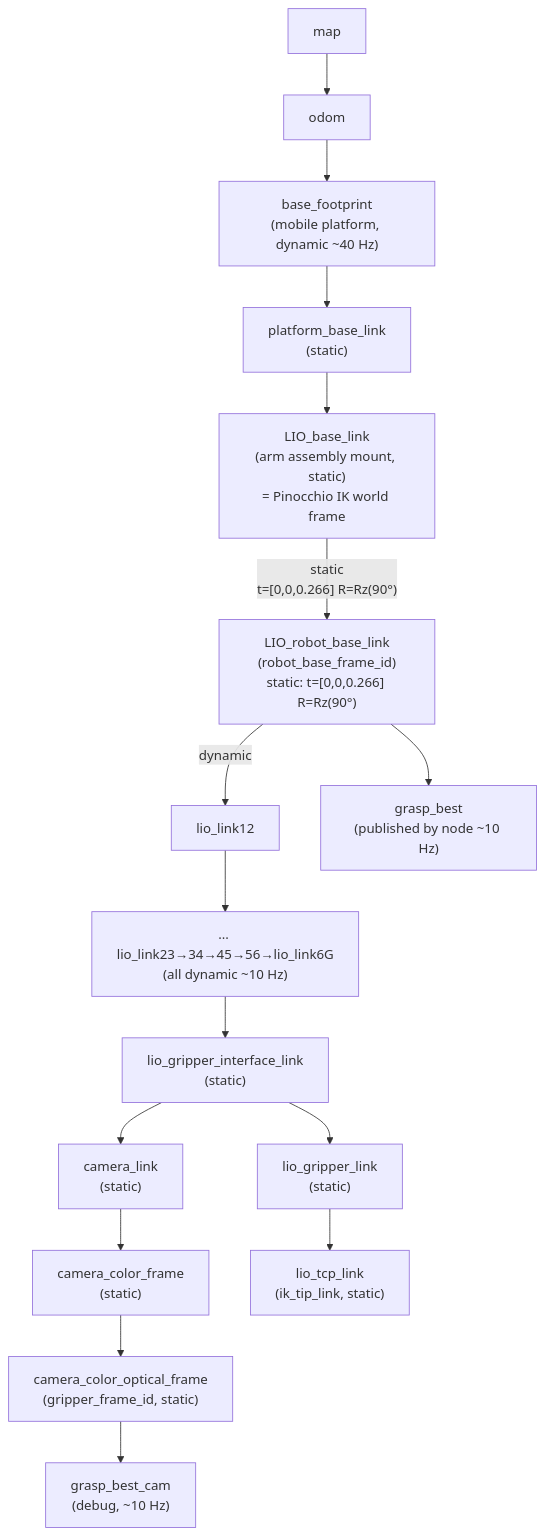
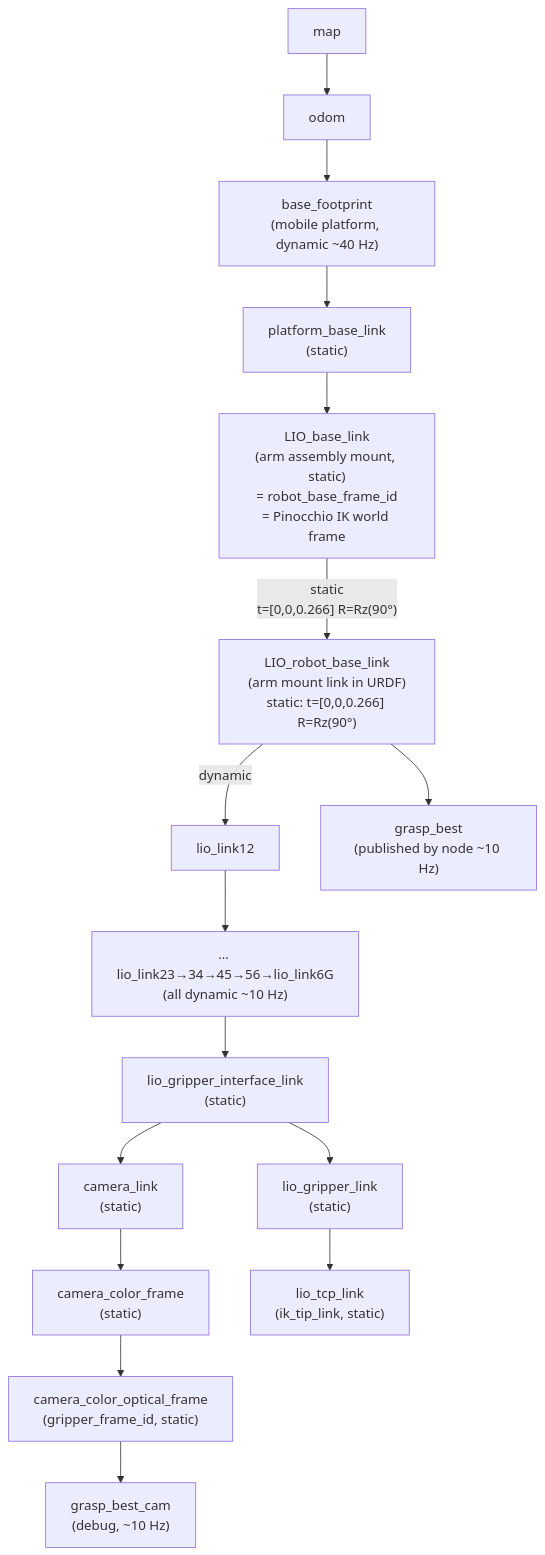
Before and after one commit to ZenWang00/Grasp-Pose-Generation: the fourth of 8 diagrams in src/grasp_pose_client/doc/overview.md, drawn with Mermaid. The commit also changed other lines of this file and 3 other files, not shown here.

First line of the commit message:
Remap grasp axes to LIO TCP convention and never publish camera-frame poses

````diff
--- a/src/grasp_pose_client/doc/overview.md
+++ b/src/grasp_pose_client/doc/overview.md
@@ -155,27 +157,27 @@
 ```mermaid
 graph TD
   MAP["map"]
   ODOM["odom"]
   BF["base_footprint\n(mobile platform, dynamic ~40 Hz)"]
   PBL["platform_base_link\n(static)"]
-  LBL["LIO_base_link\n(arm assembly mount, static)\n= Pinocchio IK world frame"]
-  LRBL["LIO_robot_base_link\n(robot_base_frame_id)\nstatic: t=[0,0,0.266] R=Rz(90°)"]
+  LBL["LIO_base_link\n(arm assembly mount, static)\n= robot_base_frame_id\n= Pinocchio IK world frame"]
+  LRBL["LIO_robot_base_link\n(arm mount link in URDF)\nstatic: t=[0,0,0.266] R=Rz(90°)"]
   L12["lio_link12"]
   DOTS["... lio_link23→34→45→56→lio_link6G\n(all dynamic ~10 Hz)"]
   GIF["lio_gripper_interface_link\n(static)"]
   CL["camera_link\n(static)"]
   CCF["camera_color_frame\n(static)"]
   OPT["camera_color_optical_frame\n(gripper_frame_id, static)"]
   GL["lio_gripper_link\n(static)"]
   TCP["lio_tcp_link\n(ik_tip_link, static)"]
   GB["grasp_best\n(published by node ~10 Hz)"]
   GBC["grasp_best_cam\n(debug, ~10 Hz)"]
 
   MAP --> ODOM --> BF --> PBL --> LBL
   LBL -->|"static\nt=[0,0,0.266] R=Rz(90°)"| LRBL
   LRBL -->|"dynamic"| L12 --> DOTS --> GIF
   GIF --> CL --> CCF --> OPT
   GIF --> GL --> TCP
   LRBL --> GB
   OPT --> GBC
 ```
````
